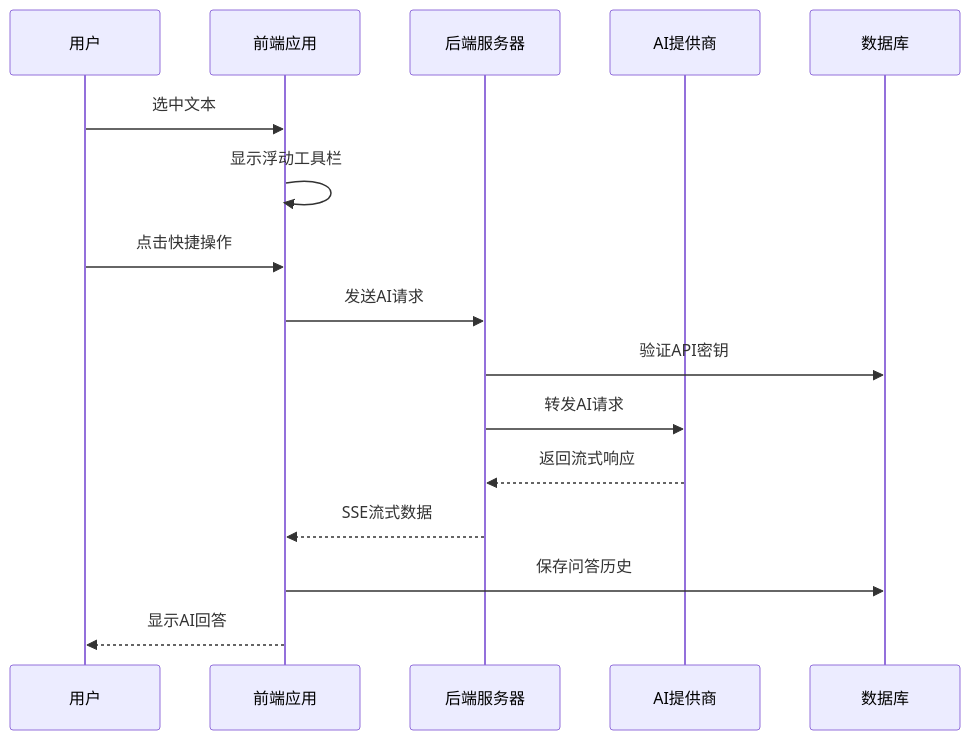
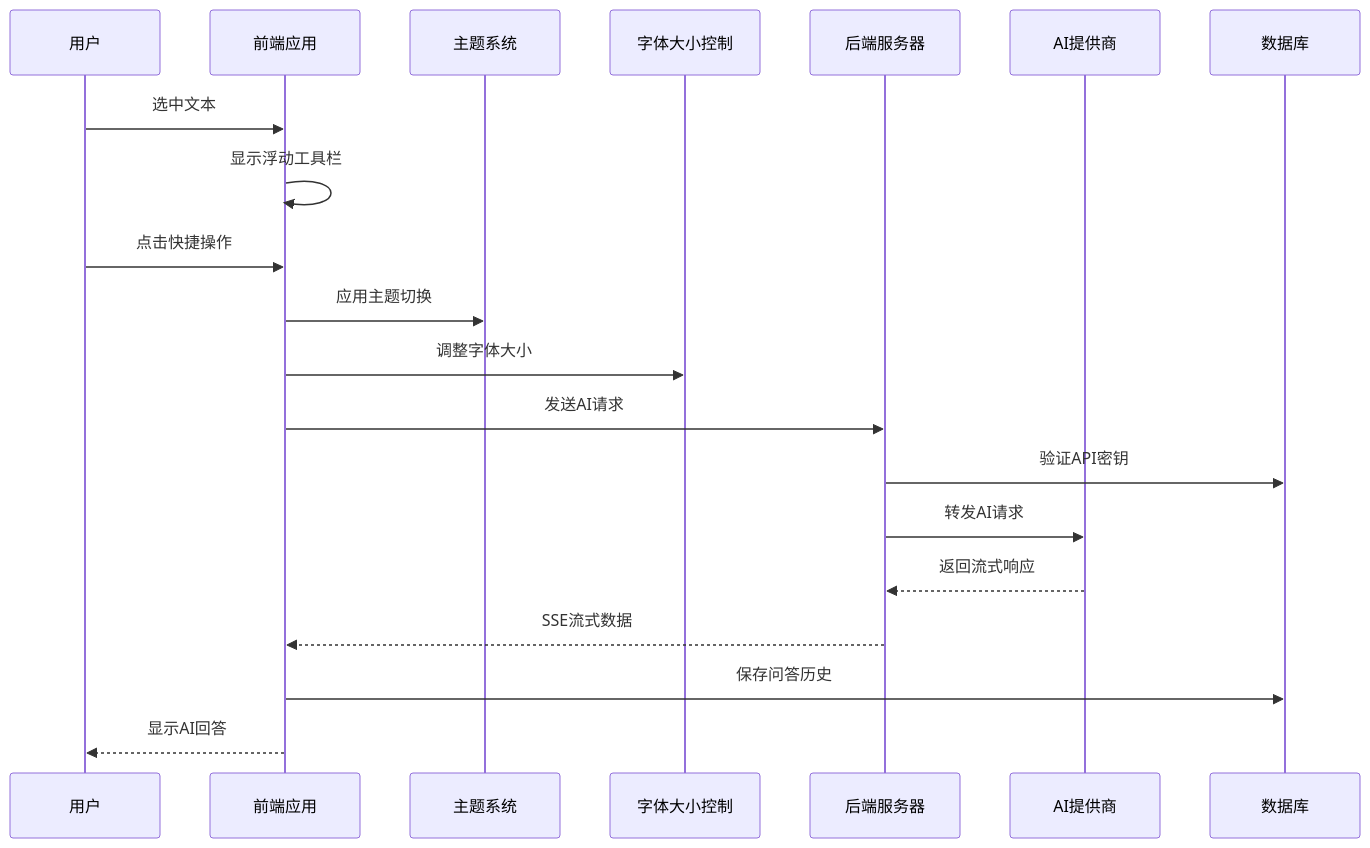
Before and after one commit to 1431529361/aread: the second of 10 diagrams in .qoder/repowiki/zh/content/用户指南/AI 功能.md, drawn with Mermaid. The commit also changed other lines of this file and 32 other files, not shown here.

````diff
--- a/.qoder/repowiki/zh/content/用户指南/AI 功能.md
+++ b/.qoder/repowiki/zh/content/用户指南/AI 功能.md
@@ -106,18 +136,22 @@
 ```mermaid
 sequenceDiagram
 participant User as 用户
 participant Frontend as 前端应用
+participant Theme as 主题系统
+participant FontSize as 字体大小控制
 participant Backend as 后端服务器
 participant AI as AI提供商
 participant Database as 数据库
 User->>Frontend : 选中文本
 Frontend->>Frontend : 显示浮动工具栏
 User->>Frontend : 点击快捷操作
+Frontend->>Theme : 应用主题切换
+Frontend->>FontSize : 调整字体大小
 Frontend->>Backend : 发送AI请求
 Backend->>Database : 验证API密钥
 Backend->>AI : 转发AI请求
 AI-->>Backend : 返回流式响应
 Backend-->>Frontend : SSE流式数据
 Frontend->>Database : 保存问答历史
 Frontend-->>User : 显示AI回答
 ```
````
